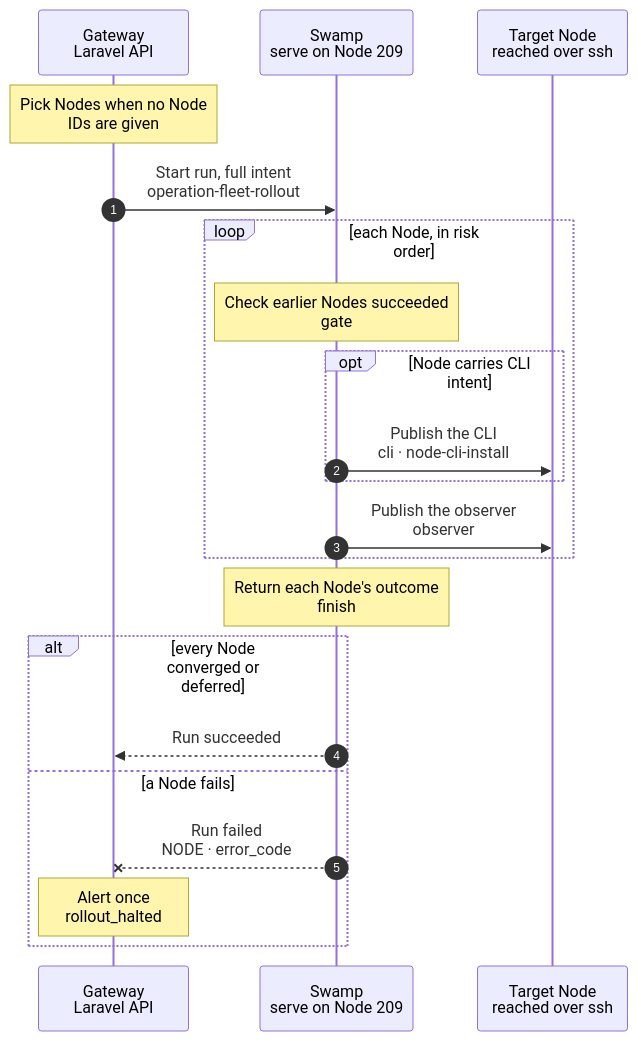
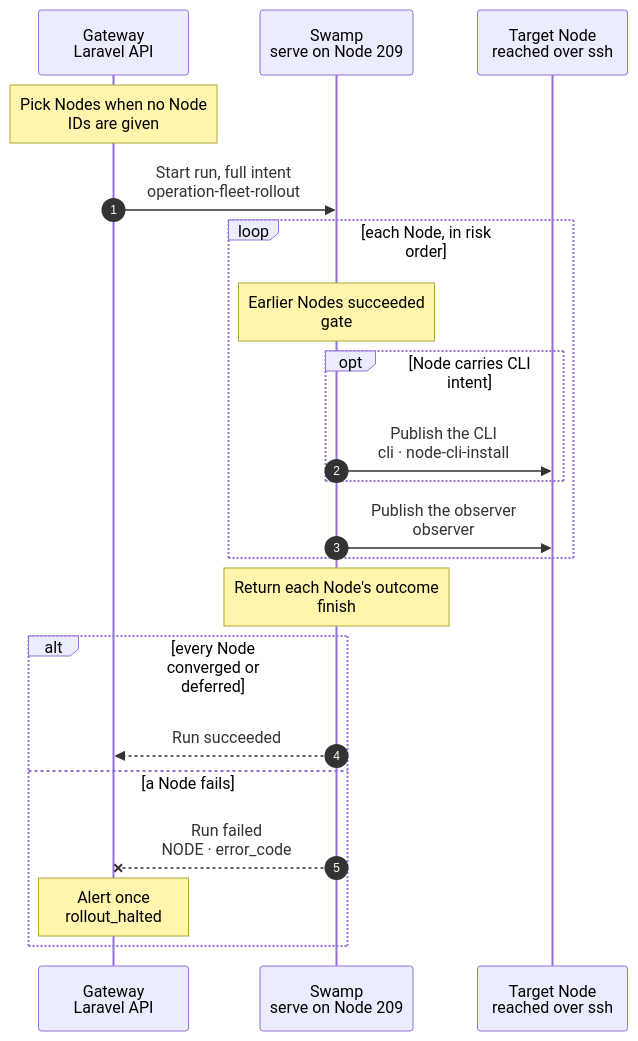
One commit to hardimpactdev/orbit changed the diagram in docs/cli/fleet/rollout.mmd. Above: the diagram before and after it, drawn with Mermaid. The commit also changed 2 other files, not shown here.

```diff
--- a/docs/cli/fleet/rollout.mmd
+++ b/docs/cli/fleet/rollout.mmd
@@ -1,67 +1,67 @@
 sequenceDiagram
   %% Each Node visit runs fleet-release-node: gate, CLI install when needed, record, pinned observer. It applies no role; a role changes only through node:converge. R3c: no rollout records, Swamp run history is the record. docs/reference/gateway-recovery.md#fleet-rollout.
   %% status: draft
   %% command: orbit fleet:rollout
   %% kind: fleet.rollout
   autonumber
   %% lane GW icon=gateway pill=intent tone=blue
   %% lane SW icon=workflow pill=executes tone=green
   %% lane N icon=server pill=target tone=amber
   participant GW as Gateway<br/>Laravel API
   participant SW as Swamp<br/>serve on Node 209
   participant N as Target Node<br/>reached over ssh
   Note over GW: Pick Nodes when no Node<br/>IDs are given
   %%> When:
   %%> - when the Gateway records a release `verified`, at once and at any hour: the release’s fleet pass uses this Operation when a Node needs agent or CLI delivery
   %%> - once a day at 03:05 Europe/Amsterdam, to catch membership changes, drift and late CLI releases between releases; the schedule only queues the admission
   %%> - when an operator runs `orbit fleet:rollout`
   %%> - always while `ORBIT_FLEET_ROLLOUT=true`, and only for a commit whose Gateway release is verified
   %%> Decided by the orchestrator, for Nick's review:
   %%> - the verified release admits the rollout, as `gateway:release:deploy` says; the deleted `fleet-maintenance` schedule did it each minute until 2026-11-06
   %%> - the fleet always rolls out right after each release; there is no time window (Nick, 2026-11-18)
   %%> - the release pass confirms the serving release under the writer lock before admitting a visit, including for Nodes with no CLI caller
   %%> - the admission waits while another rollout runs; Nodes without CLI intent need no CLI release
   %%> - a Node with CLI intent waits for its CLI release; the admission keeps its one-minute retry after admitting other Nodes
   %%> Picks:
   %%> - a Node whose last visit for this commit did not converge it, a drifted Node, or a Node not visited yet
   %%> - at most once per 5 minutes per Node; the last visit is read from earlier rollout results
   %%> - no Node after a failed Node that still waits its 5 minutes
   %%> - in risk order: `app-dev`, then `ci-runner` `metrics` `analytics`, then `database` `websocket` `vpn` `router`, then `app-prod` `ingress`
   GW->>SW: Start run, full intent<br/>operation-fleet-rollout
   %%> Input:
   %%> - each picked Node with its agent pin; CLI intent only for Nodes that require it
   %%> - the commit stays on the Gateway for visit history and alerts; steps never fetch intent or post results
   %%> Requirements:
   %%> - no other rollout is running
   loop each Node, in risk order
-    Note over SW: Check earlier Nodes succeeded<br/>gate
+    Note over SW: Earlier Nodes succeeded<br/>gate
     %%> Why:
     %%> - one Node at a time: a Node acts only after every earlier Node succeeded
     %%> - every Node goes at any hour; a busy publication lock defers the Node to a later pass, it is not a failure
     opt Node carries CLI intent
       SW->>N: Publish the CLI<br/>cli · node-cli-install
       %%> What it does:
       %%> - the Gateway uses the shared CLI eligibility rule; failed publication stops this Node
     end
     SW->>N: Publish the observer<br/>observer
     %%> What it does:
     %%> - a Node without CLI intent skips the CLI child and publishes its observer independently
     %%> - the running digest and active unit prove the pinned observer
   end
   Note over SW: Return each Node's outcome<br/>finish
   %%> What it does:
   %%> - shapes one bounded result from child outputs; a native assertion fails the run when a Node failed
   %%> - the Gateway's shared terminal reader captures the result, including when the run failed
   alt every Node converged or deferred
     SW-->>GW: Run succeeded
     %%> Result:
     %%> - the Operation result lists each Node's outcome; the next pass reads it
   else a Node fails
     SW--xGW: Run failed<br/>NODE · error_code
     %%> Why stop:
     %%> - later Nodes are not visited, so one bad release breaks at most one Node
     Note over GW: Alert once<br/>rollout_halted
     %%> Retry:
     %%> - fix the cause; the next pass (a verified release, the daily pass or an operator) starts again at this Node
     %%> - retries raise no new alert for the same Node, commit and error
   end
```
